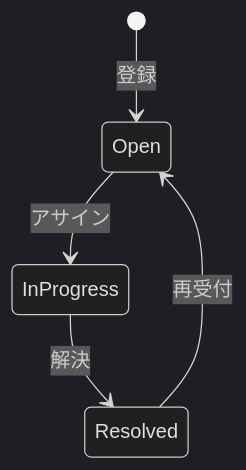
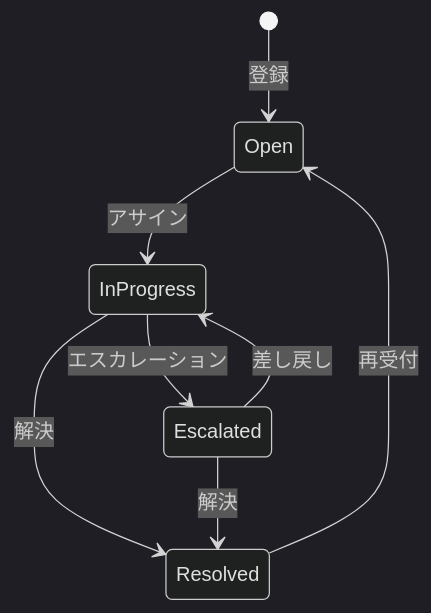
One commit to kumachan1101-pixel/DesignPattern changed the third of 15 diagrams in kindle/design-patterns/output/chapter09_2.md. Above: the diagram before and after it, drawn with Mermaid (dark theme). The commit also changed other lines of this file and 1 other file, not shown here.

````diff
--- a/kindle/design-patterns/output/chapter09_2.md
+++ b/kindle/design-patterns/output/chapter09_2.md
@@ -161,7 +165,10 @@
 ```mermaid
 stateDiagram-v2
     [*] --> Open : 登録
     Open --> InProgress : アサイン
     InProgress --> Resolved : 解決
+    InProgress --> Escalated : エスカレーション
+    Escalated --> Resolved : 解決
+    Escalated --> InProgress : 差し戻し
     Resolved --> Open : 再受付
 ```
````
